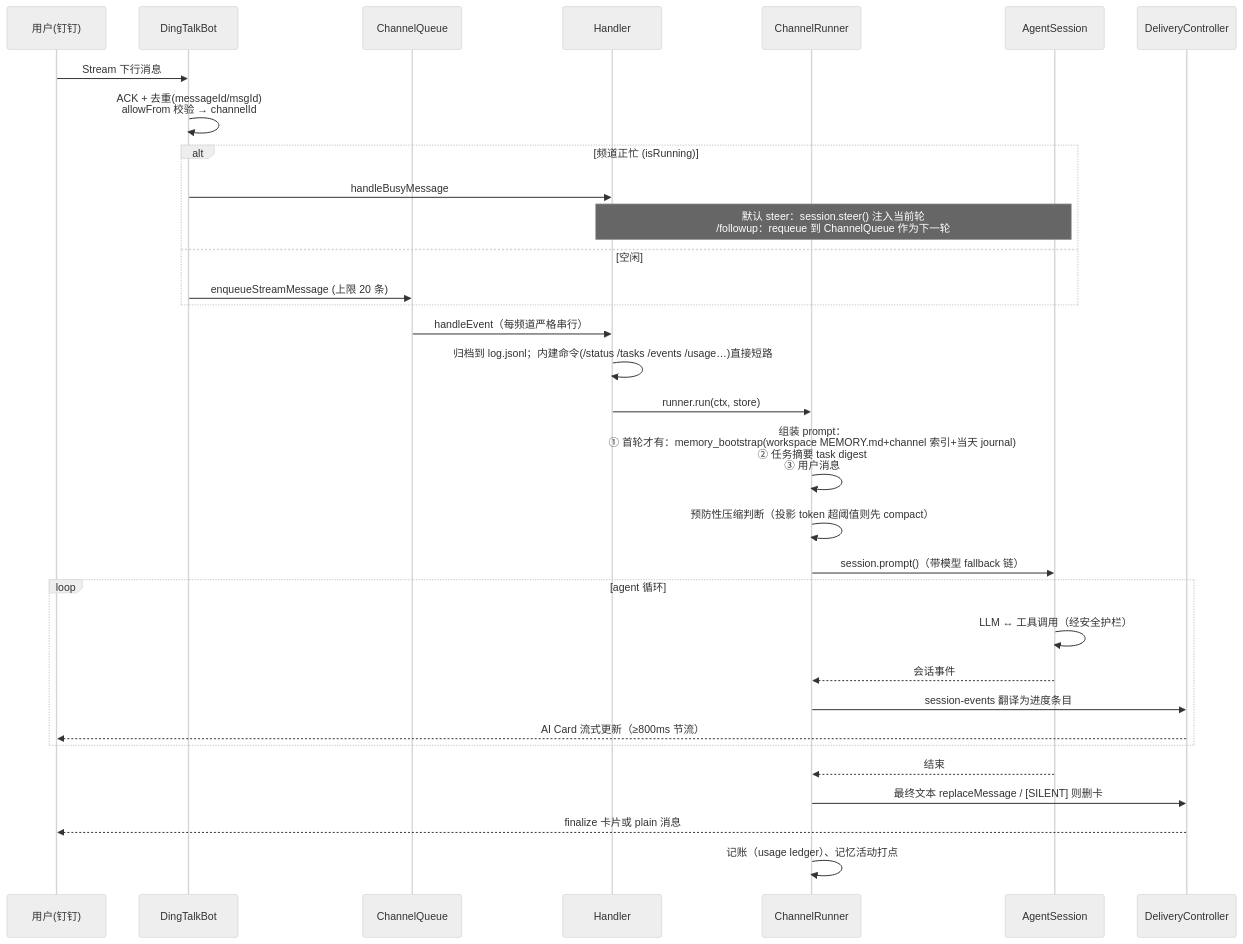
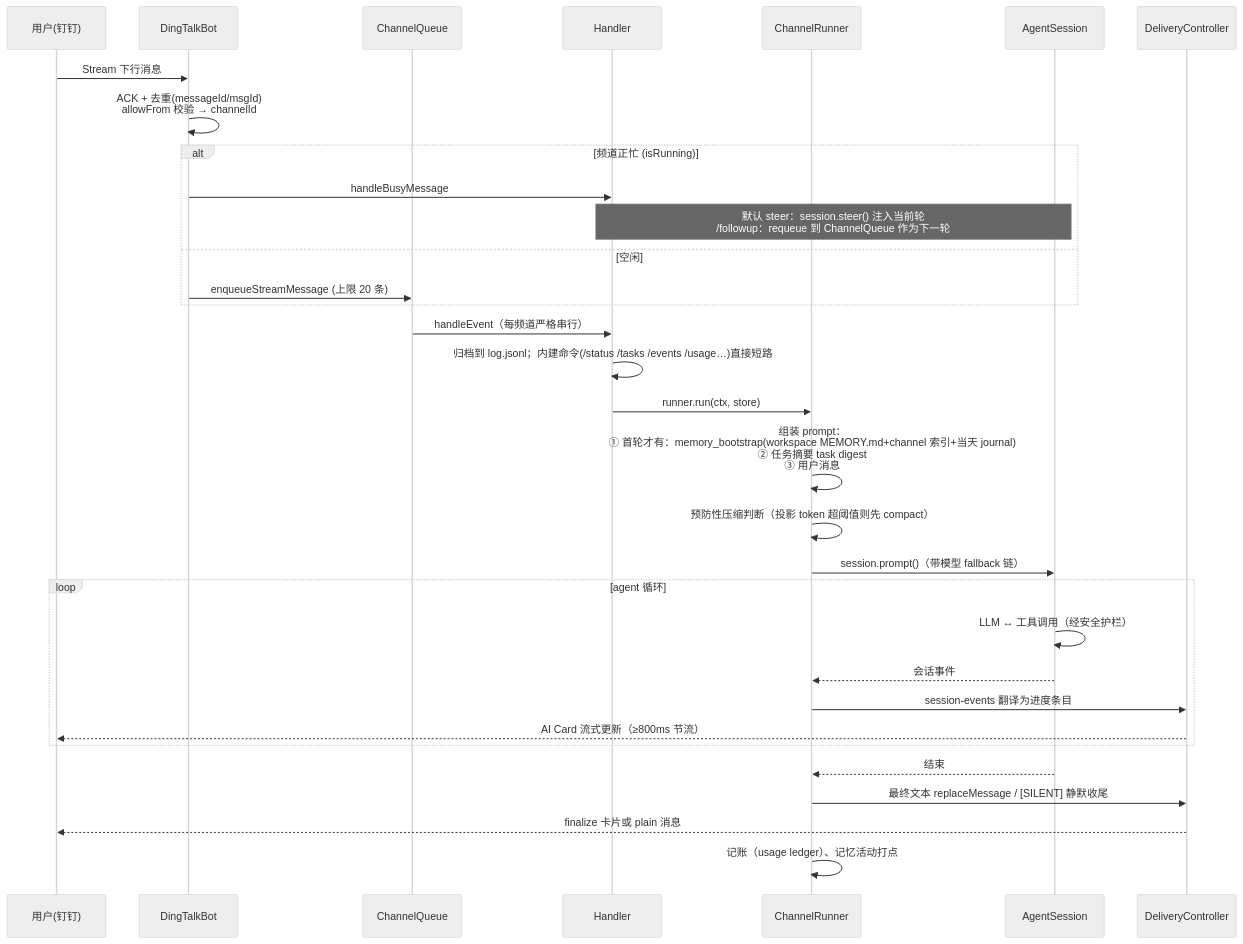
The second of 4 diagrams in docs/architecture.md (oyasmi/pipiclaw), drawn with Mermaid (neutral theme) before and after one commit. The commit also changed other lines of this file and 96 other files, not shown here.

````diff
--- a/docs/architecture.md
+++ b/docs/architecture.md
@@ -101,35 +101,35 @@
 ```mermaid
 sequenceDiagram
     participant U as 用户(钉钉)
     participant B as DingTalkBot
     participant Q as ChannelQueue
     participant H as Handler
     participant R as ChannelRunner
     participant S as AgentSession
     participant D as DeliveryController
 
     U->>B: Stream 下行消息
     B->>B: ACK + 去重(messageId/msgId)<br/>allowFrom 校验 → channelId
     alt 频道正忙 (isRunning)
         B->>H: handleBusyMessage
         Note over H,S: 默认 steer：session.steer() 注入当前轮<br/>/followup：requeue 到 ChannelQueue 作为下一轮
     else 空闲
         B->>Q: enqueueStreamMessage (上限 20 条)
     end
     Q->>H: handleEvent（每频道严格串行）
     H->>H: 归档到 log.jsonl；内建命令(/status /tasks /events /usage…)直接短路
     H->>R: runner.run(ctx, store)
     R->>R: 组装 prompt：<br/>① 首轮才有：memory_bootstrap(workspace MEMORY.md+channel 索引+当天 journal)<br/>② 任务摘要 task digest<br/>③ 用户消息
     R->>R: 预防性压缩判断（投影 token 超阈值则先 compact）
     R->>S: session.prompt()（带模型 fallback 链）
     loop agent 循环
         S->>S: LLM ↔ 工具调用（经安全护栏）
         S-->>R: 会话事件
         R->>D: session-events 翻译为进度条目
         D-->>U: AI Card 流式更新（≥800ms 节流）
     end
     S-->>R: 结束
-    R->>D: 最终文本 replaceMessage / [SILENT] 则删卡
+    R->>D: 最终文本 replaceMessage / [SILENT] 静默收尾
     D-->>U: finalize 卡片或 plain 消息
     R->>R: 记账（usage ledger）、记忆活动打点
 ```
````
